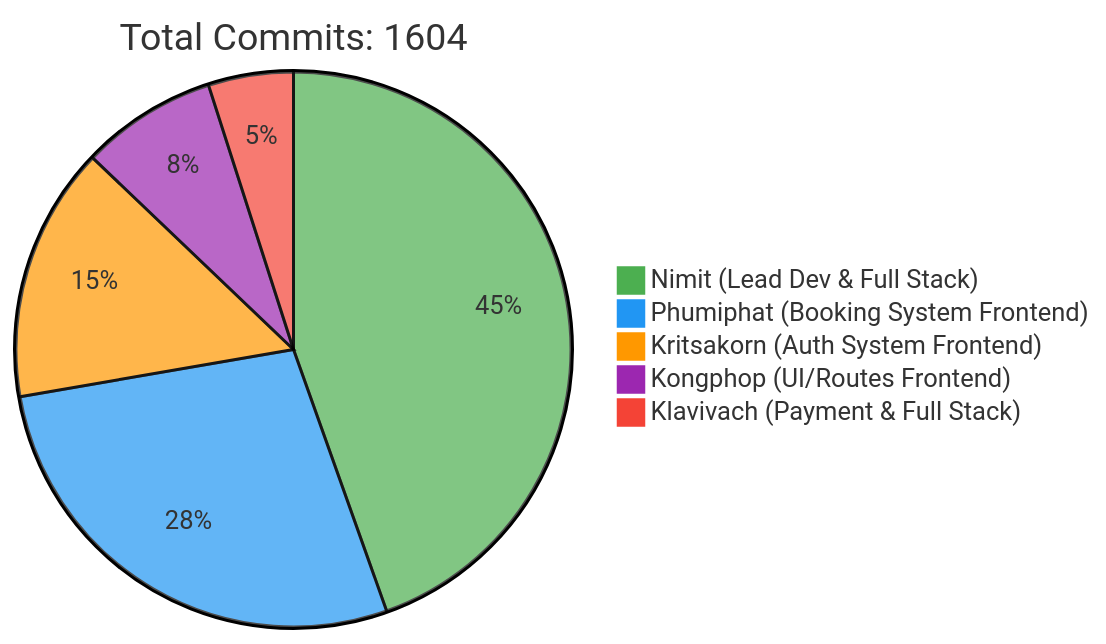
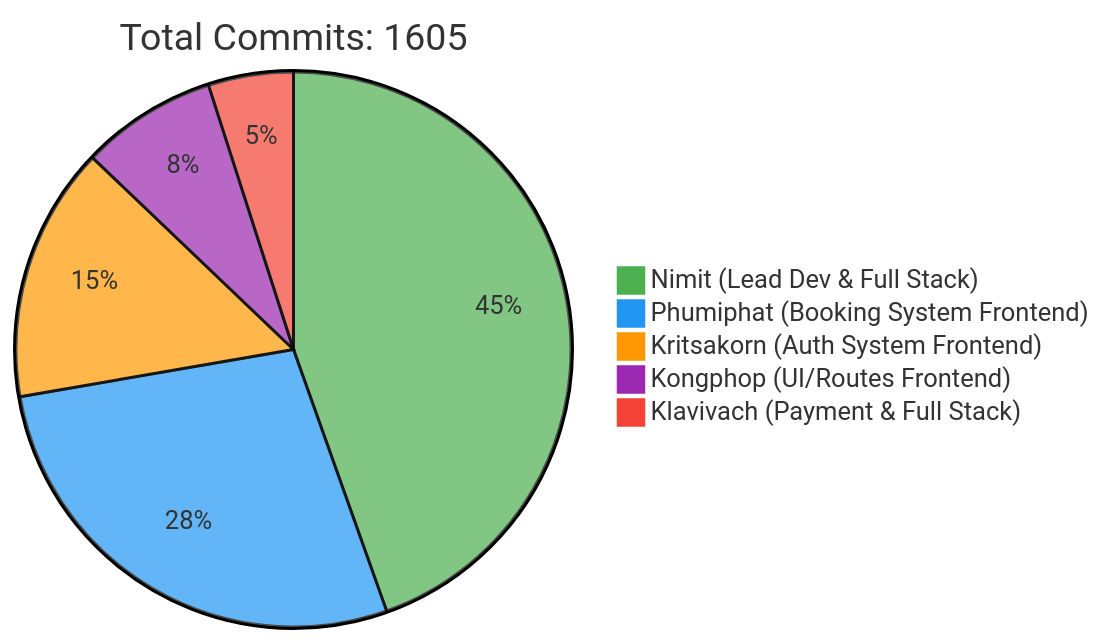
One commit to 6531503042/Sport-Complex changed the first of 2 diagrams in README.md. Above: the diagram before and after it, drawn with Mermaid. The commit also changed other lines of this file, not shown here.

Commit message:
docs: Update contributor statistics [skip ci]

````diff
--- a/README.md
+++ b/README.md
@@ -257,10 +257,10 @@
 ```mermaid
 %%{init: {'theme': 'base', 'themeVariables': { 'pie1': '#4CAF50', 'pie2': '#2196F3', 'pie3': '#FF9800', 'pie4': '#9C27B0', 'pie5': '#F44336'}}}%%
 pie
-    title Total Commits: 1604
+    title Total Commits: 1605
     "Nimit (Lead Dev & Full Stack)" : 450
     "Phumiphat (Booking System Frontend)" : 280
     "Kritsakorn (Auth System Frontend)" : 150
     "Kongphop (UI/Routes Frontend)" : 80
     "Klavivach (Payment & Full Stack)" : 50
 ```
````
